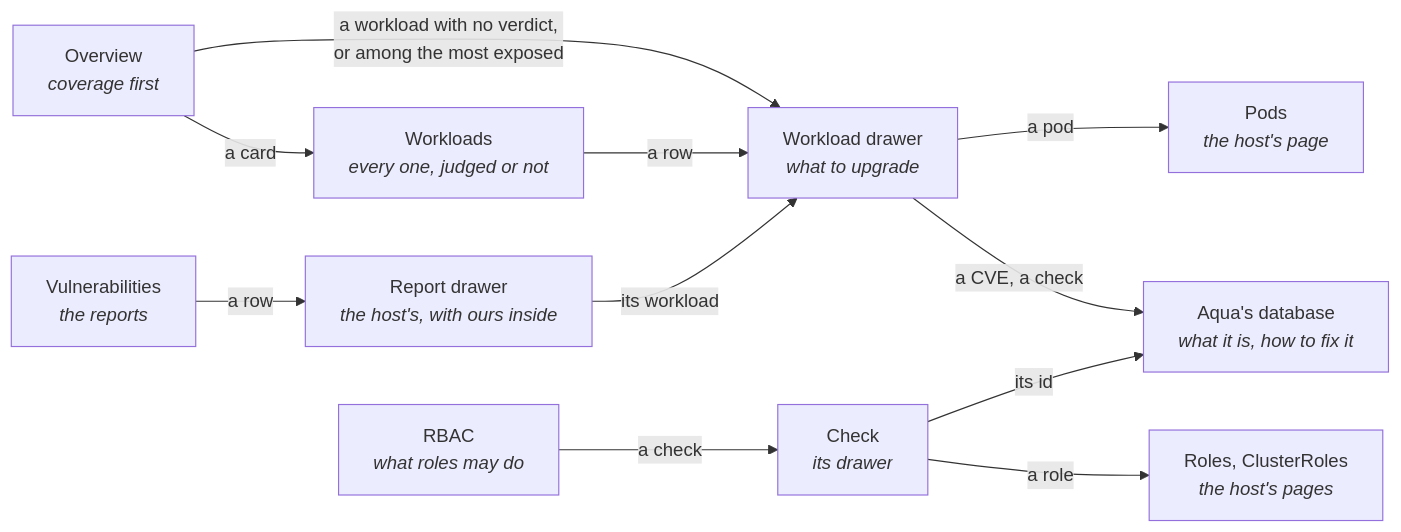
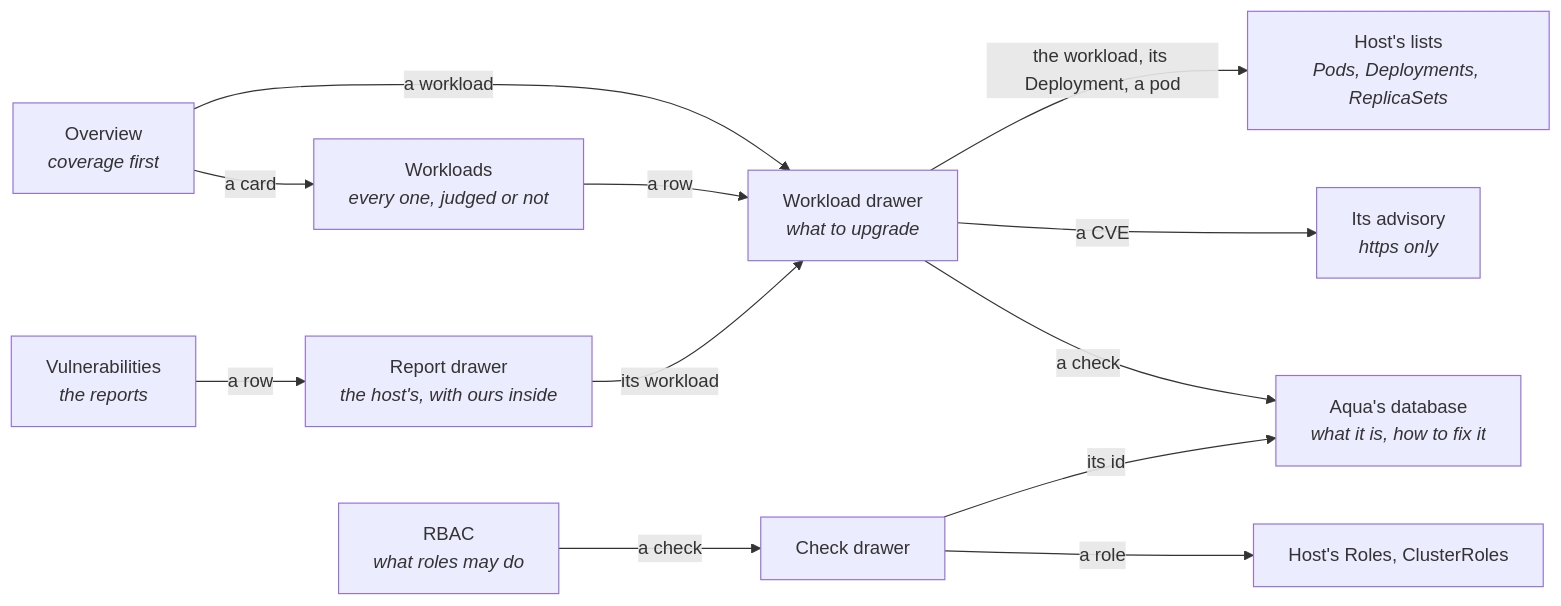
One commit to DiegoBulhoes/freelens-addons changed the first of 2 diagrams in docs/trivy.md. Above: the diagram before and after it, drawn with Mermaid. The commit also changed other lines of this file and 153 other files, not shown here.

First line of the commit message:
feat(trivy): ReplicaSets decide Scaled away, and a deliberate No verdict in the seed

````diff
--- a/docs/trivy.md
+++ b/docs/trivy.md
@@ -20,21 +21,22 @@
 ```mermaid
 flowchart LR
   O["Overview<br/><i>coverage first</i>"]
   W["Workloads<br/><i>every one, judged or not</i>"]
   D["Workload drawer<br/><i>what to upgrade</i>"]
   V["Vulnerabilities<br/><i>the reports</i>"]
   VD["Report drawer<br/><i>the host's, with ours inside</i>"]
   R["RBAC<br/><i>what roles may do</i>"]
-  C["Check<br/><i>its drawer</i>"]
+  C["Check drawer"]
 
   O -->|a card| W
-  O -->|a workload with no verdict,<br/>or among the most exposed| D
+  O -->|a workload| D
   W -->|a row| D
-  D -->|a pod| P["Pods<br/><i>the host's page</i>"]
   V -->|a row| VD
   VD -->|its workload| D
-  D -->|a CVE, a check| A["Aqua's database<br/><i>what it is, how to fix it</i>"]
+  D -->|the workload, its Deployment, a pod| P["Host's lists<br/><i>Pods, Deployments, ReplicaSets</i>"]
+  D -->|a CVE| AD["Its advisory<br/><i>https only</i>"]
+  D -->|a check| A["Aqua's database<br/><i>what it is, how to fix it</i>"]
   R -->|a check| C
   C -->|its id| A
-  C -->|a role| H["Roles, ClusterRoles<br/><i>the host's pages</i>"]
+  C -->|a role| H["Host's Roles, ClusterRoles"]
 ```
````
